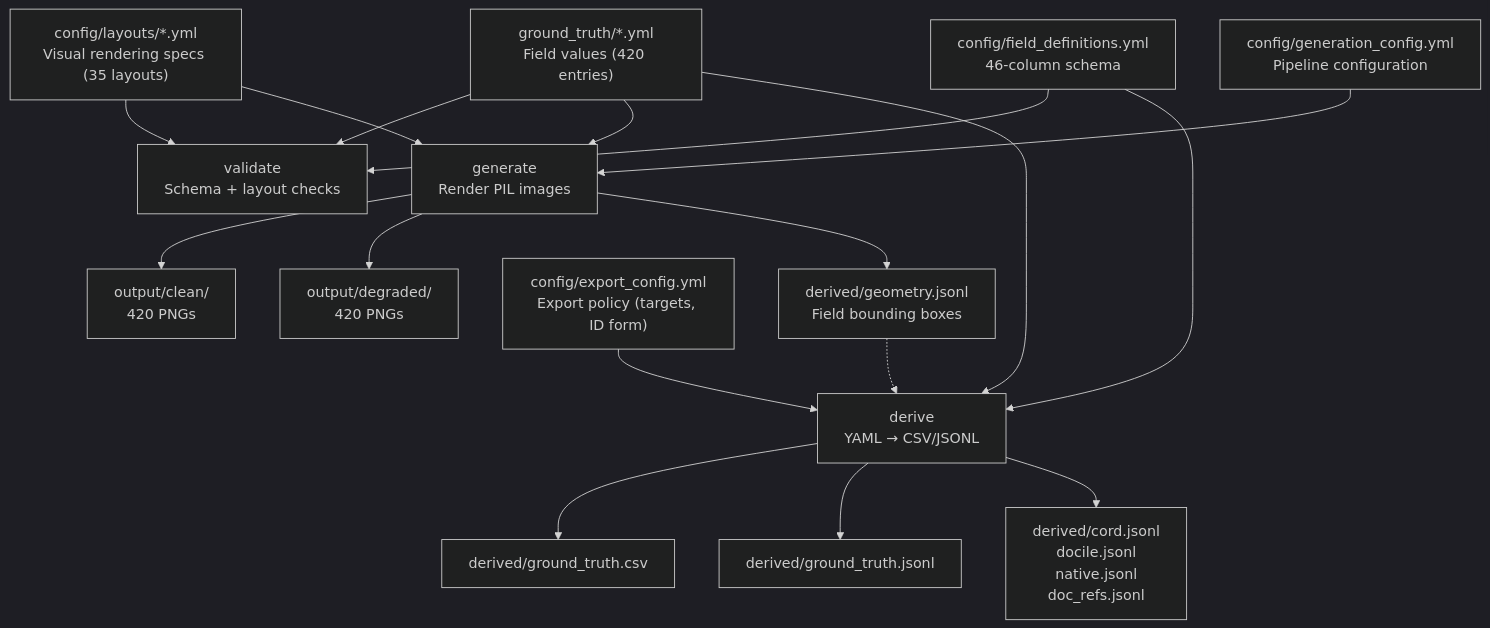
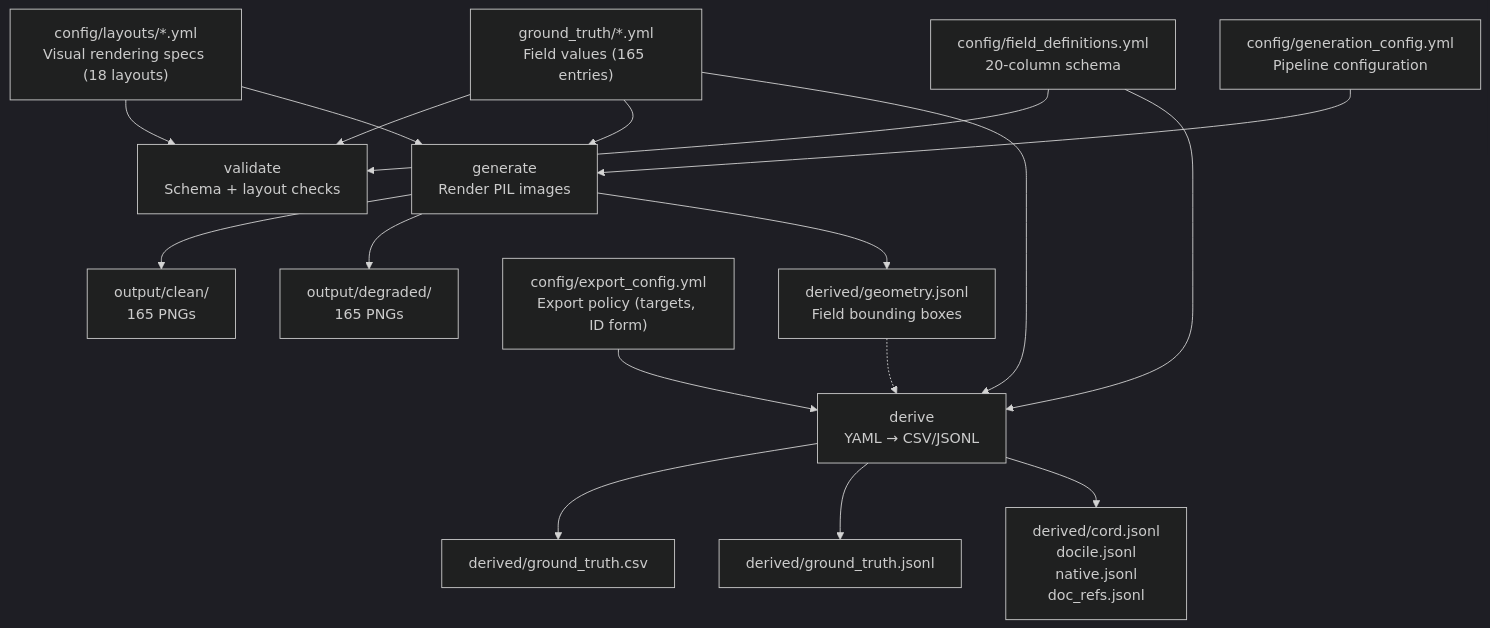
The diagram in README.md (tmnestor/Synthetic_Doc_Generation), drawn with Mermaid (dark theme) before and after one commit. The commit also changed other lines of this file, not shown here.

````diff
--- a/README.md
+++ b/README.md
@@ -153,27 +130,27 @@
 ```mermaid
 graph TD
-    GT["ground_truth/*.yml<br/>Field values (420 entries)"]
-    LR["config/layouts/*.yml<br/>Visual rendering specs (35 layouts)"]
+    GT["ground_truth/*.yml<br/>Field values (165 entries)"]
+    LR["config/layouts/*.yml<br/>Visual rendering specs (18 layouts)"]
     GC["config/generation_config.yml<br/>Pipeline configuration"]
-    FD["config/field_definitions.yml<br/>46-column schema"]
+    FD["config/field_definitions.yml<br/>20-column schema"]
 
     GT --> V["validate<br/>Schema + layout checks"]
     LR --> V
     FD --> V
 
     GT --> G["generate<br/>Render PIL images"]
     LR --> G
     GC --> G
 
-    G --> CLEAN["output/clean/<br/>420 PNGs"]
-    G --> DEG["output/degraded/<br/>420 PNGs"]
+    G --> CLEAN["output/clean/<br/>165 PNGs"]
+    G --> DEG["output/degraded/<br/>165 PNGs"]
 
     GT --> D["derive<br/>YAML → CSV/JSONL"]
     FD --> D
     EC["config/export_config.yml<br/>Export policy (targets, ID form)"] --> D
     D --> CSV["derived/ground_truth.csv"]
     D --> JSONL["derived/ground_truth.jsonl"]
     D --> EXP["derived/cord.jsonl<br/>docile.jsonl<br/>native.jsonl<br/>doc_refs.jsonl"]
     G --> GEO["derived/geometry.jsonl<br/>Field bounding boxes"]
     GEO -.-> D
 ```
````
